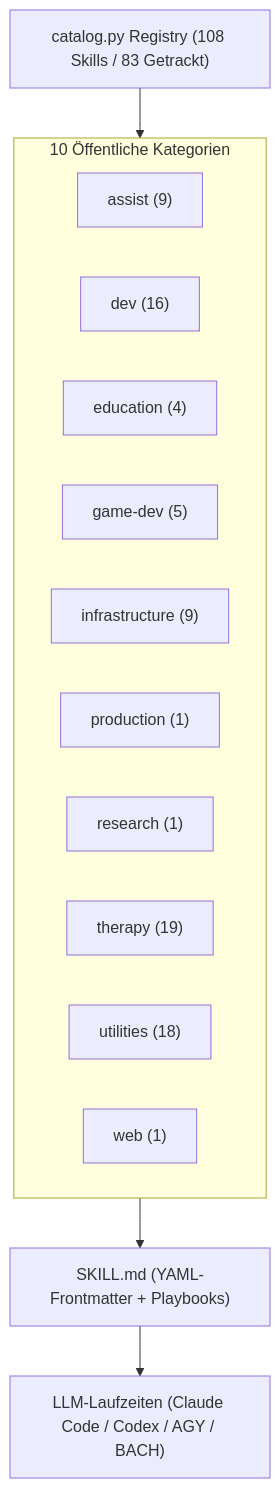
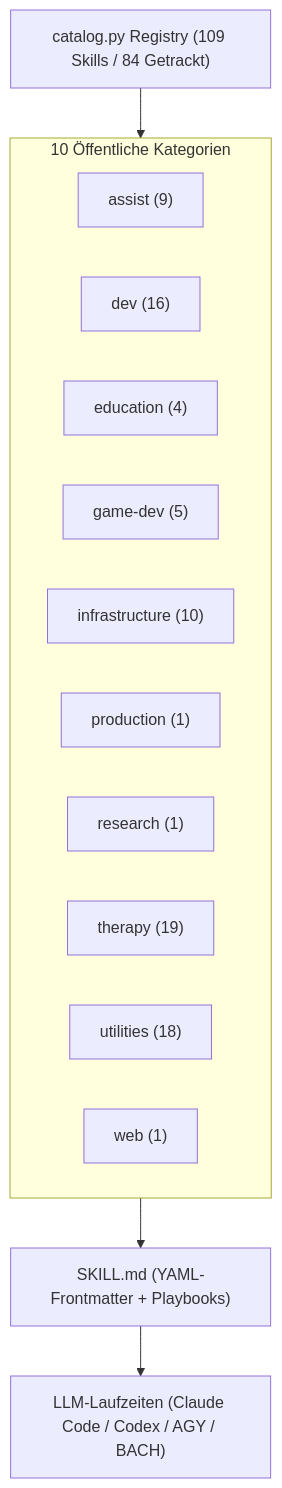
One commit to ellmos-ai/skills changed the diagram in README_de.md. Above: the diagram before and after it, drawn with Mermaid. The commit also changed other lines of this file and 11 other files, not shown here.

````diff
--- a/README_de.md
+++ b/README_de.md
@@ -31,18 +31,18 @@
 ```mermaid
 flowchart TD
-    Catalog["catalog.py Registry (108 Skills / 83 Getrackt)"] --> Categories
+    Catalog["catalog.py Registry (109 Skills / 84 Getrackt)"] --> Categories
     subgraph Categories ["10 Öffentliche Kategorien"]
         Assist["assist (9)"]
         Dev["dev (16)"]
         Edu["education (4)"]
         Game["game-dev (5)"]
-        Infra["infrastructure (9)"]
+        Infra["infrastructure (10)"]
         Prod["production (1)"]
         Res["research (1)"]
         Therapy["therapy (19)"]
         Utils["utilities (18)"]
         Web["web (1)"]
     end
     Categories --> Specs["SKILL.md (YAML-Frontmatter + Playbooks)"]
     Specs --> Runtimes["LLM-Laufzeiten (Claude Code / Codex / AGY / BACH)"]
 ```
````
